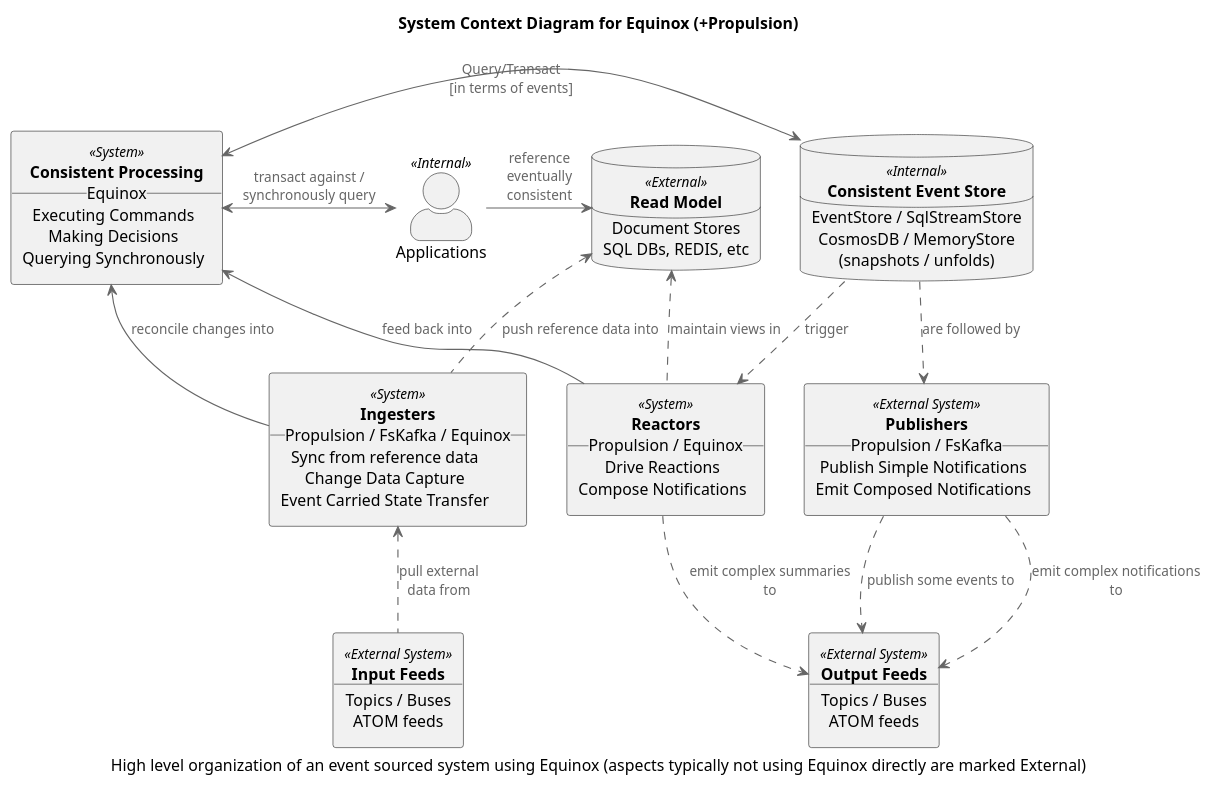
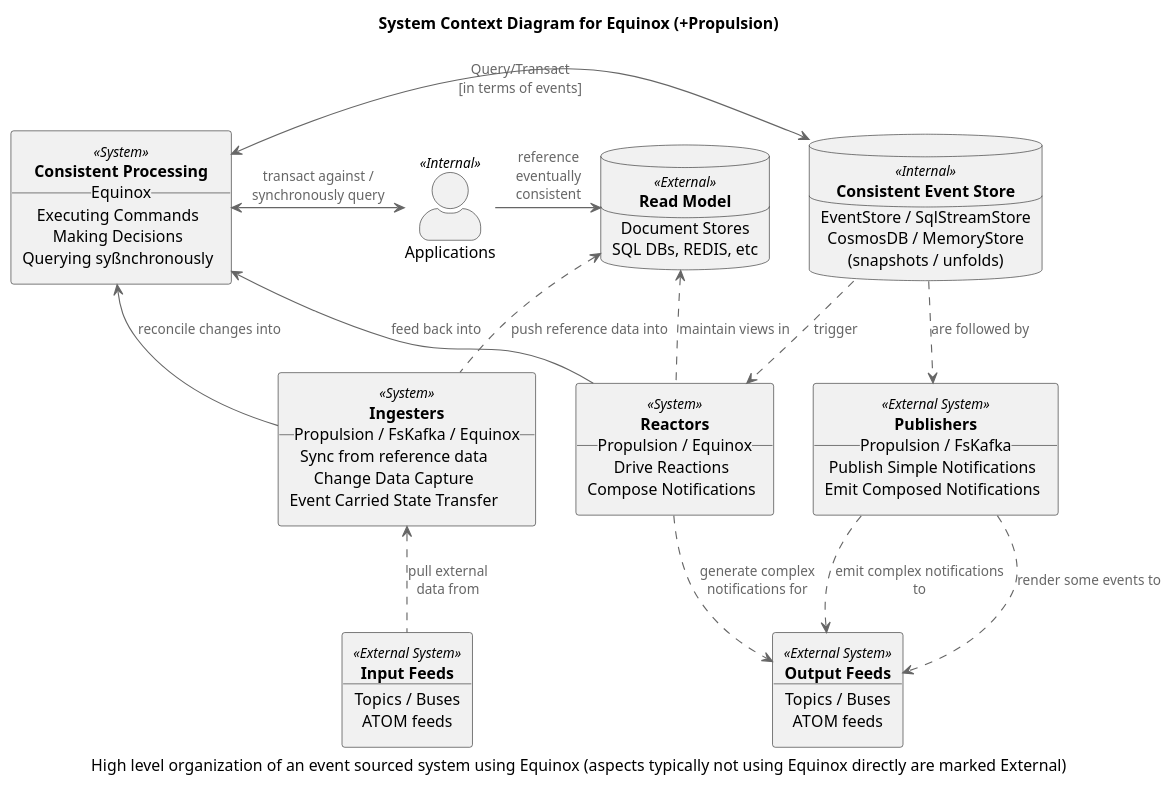
The diagram in diagrams/context.puml (jet/equinox), drawn with PlantUML before and after one commit. The commit also changed 1 other file, not shown here.

```diff
--- a/diagrams/context.puml
+++ b/diagrams/context.puml
@@ -1,87 +1,87 @@
 @startuml
 !includeurl https://raw.githubusercontent.com/skleanthous/C4-PlantumlSkin/master/build/output/c4.puml
 
 title System Context Diagram for Equinox (+Propulsion)
 caption High level organization of an event sourced system using Equinox (aspects typically not using Equinox directly are marked External)
 
-    actor "Applications" <<Internal>> as apps
-    rectangle services <<System>> [
-        **Consistent Processing**
-        __Equinox__
-        Executing Commands
-        Making Decisions
-        Querying Synchronously
-    ]
-    database stores <<Internal>> [
-        **Consistent Event Store**
-        ____
-        EventStore / SqlStreamStore
-        CosmosDB / MemoryStore
-        (snapshots / unfolds)
-    ]
+actor "Applications" <<Internal>> as apps
+
+rectangle services <<System>> [
+    **Consistent Processing**
+    __Equinox__
+    Executing Commands
+    Making Decisions
+    Querying syßnchronously
+]
+
+database stores <<Internal>> [
+    **Consistent Event Store**
+    ____
+    EventStore / SqlStreamStore
+    CosmosDB / MemoryStore
+    (snapshots / unfolds)
+]
 
 database caches <<External>> [
     **Read Model**
     ____
     Document Stores 
     SQL DBs, REDIS, etc
 ]
 
 together {
     rectangle ingesters <<System>> [
         **Ingesters**
         __Propulsion / FsKafka / Equinox__
         Sync from reference data
         Change Data Capture
         Event Carried State Transfer
     ]
     rectangle reactors <<System>> [
         **Reactors**
         __Propulsion / Equinox__
         Drive Reactions
         Compose Notifications
     ]
-    rectangle projectors <<External System>> [
+    rectangle publishers <<External System>> [
         **Publishers**
         __Propulsion / FsKafka__
         Publish Simple Notifications
         Emit Composed Notifications
     ]
 }
 
-rectangle sources <<External System>> [
+rectangle inputs <<External System>> [
     **Input Feeds**
     ____
     Topics / Buses
     ATOM feeds 
 ]
-rectangle sinks <<External System>> [
+
+rectangle outputs <<External System>> [
     **Output Feeds**
     ____
     Topics / Buses
     ATOM feeds
 ]
 
-apps       ->   caches     : reference\neventually\nconsistent
+apps          -> caches     : reference\neventually\nconsistent
 apps       <-L-> services   : transact against /\nsynchronously query
 
 services   <-R-> stores     : Query/Transact\n[in terms of events]
 
-stores     ..>   projectors : are followed by
-stores     ..>   reactors   : trigger
+stores       ..> publishers : are followed by
+stores       ..> reactors   : trigger
 
-reactors   -->   services   : feed back into
-reactors   ..>   sinks      : emit complex summaries to
-reactors   .U.>   caches    : maintain views in
+reactors     --> services   : feed back into
+reactors     ..> outputs    : generate complex\nnotifications for
+reactors    .U.> caches     : maintain views in
 
-projectors ..>   sinks      : emit complex notifications to
-projectors ..>   sinks      : publish some events to
+publishers   ..> outputs    : emit complex notifications to
+publishers   ..> outputs    : render some events to
 
-ingesters  <..   sources    : pull external\ndata from
-ingesters  -->   services   : reconcile changes into
-ingesters  .U.>   caches    : push reference data into
-
-apps -[hidden]R-> caches
-projectors -[hidden]R-> ingesters
+ingesters  <..   inputs     : pull external\ndata from
+ingesters    --> services   : reconcile changes into
+ingesters   .U.> caches     : push reference data into
 
 @enduml
```
